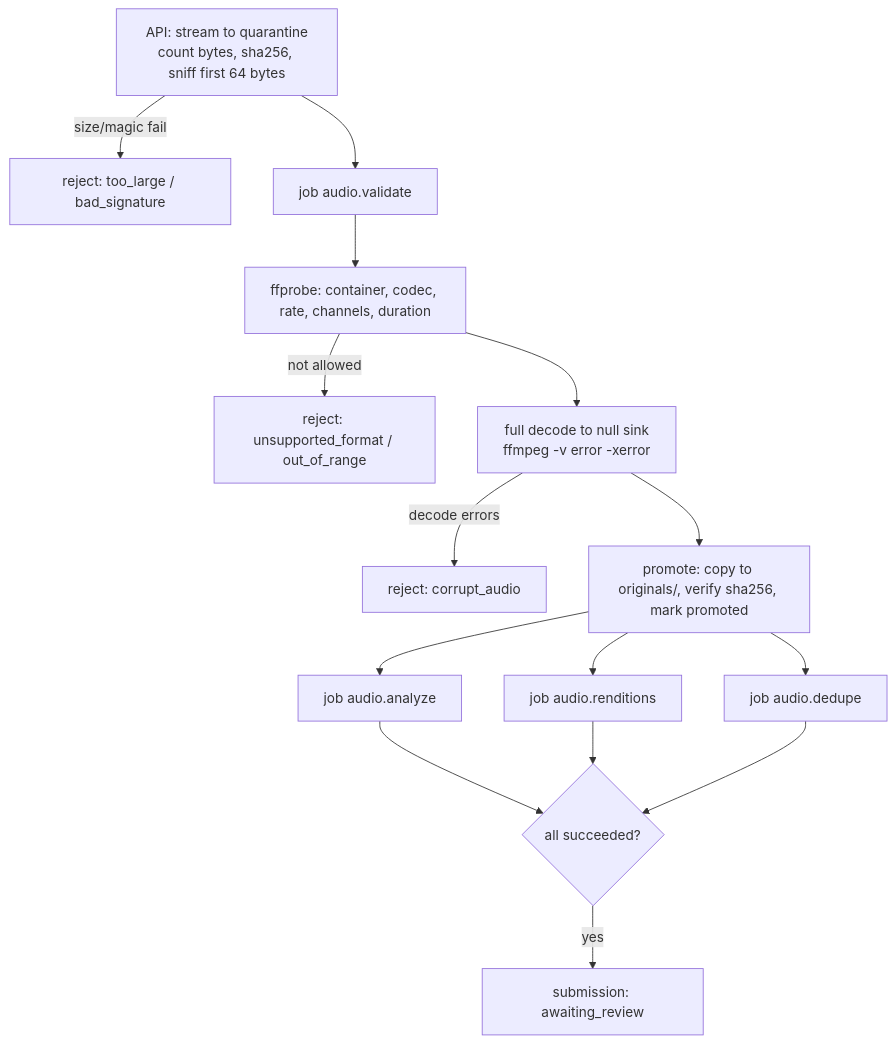
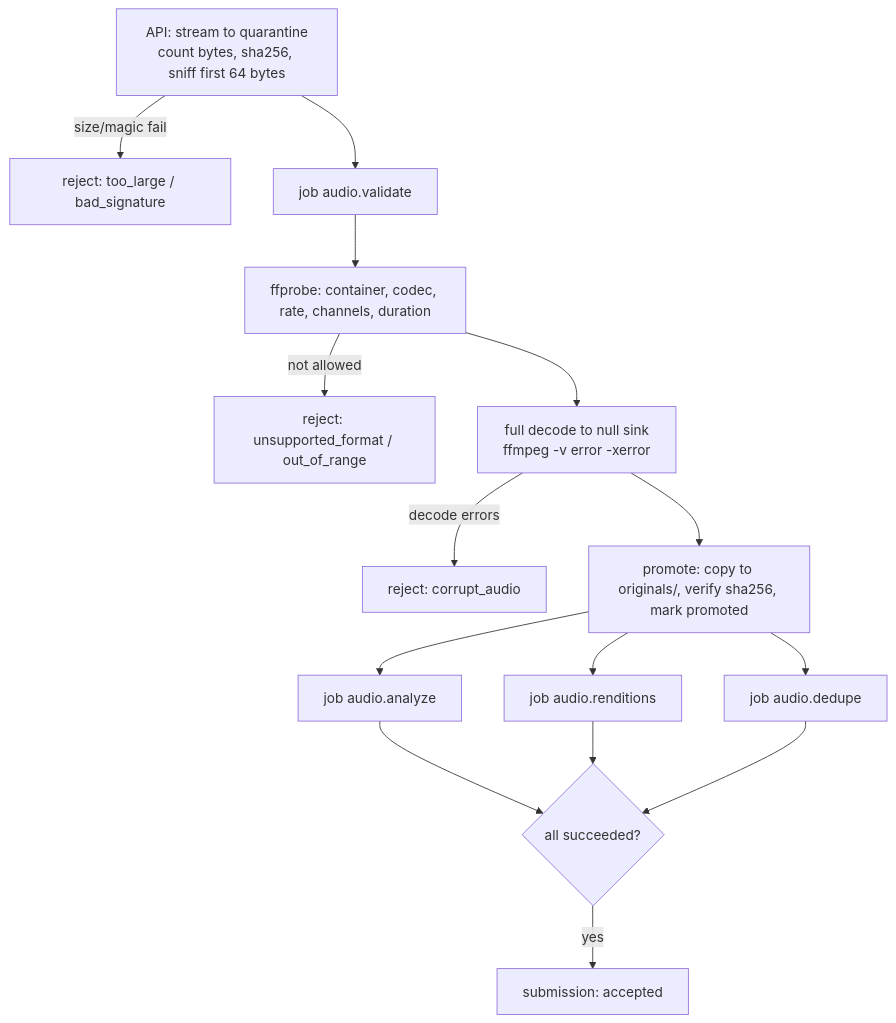
Before and after one commit to 21mohit-dotcom/lokdhara: the diagram in docs/AUDIO_PROCESSING_PIPELINE.md, drawn with Mermaid. The commit also changed other lines of this file and 5 other files, not shown here.

````diff
--- a/docs/AUDIO_PROCESSING_PIPELINE.md
+++ b/docs/AUDIO_PROCESSING_PIPELINE.md
@@ -47,17 +47,17 @@
 ```mermaid
 flowchart TD
     A[API: stream to quarantine<br/>count bytes, sha256, sniff first 64 bytes] -->|size/magic fail| X1[reject: too_large / bad_signature]
     A --> B[job audio.validate]
     B --> B1[ffprobe: container, codec, rate, channels, duration]
     B1 -->|not allowed| X2[reject: unsupported_format / out_of_range]
     B1 --> B2[full decode to null sink<br/>ffmpeg -v error -xerror]
     B2 -->|decode errors| X3[reject: corrupt_audio]
     B2 --> C[promote: copy to originals/, verify sha256, mark promoted]
     C --> D[job audio.analyze]
     C --> E[job audio.renditions]
     C --> F[job audio.dedupe]
     D --> G{all succeeded?}
     E --> G
     F --> G
-    G -->|yes| H[submission: awaiting_review]
+    G -->|yes| H[submission: accepted]
 ```
````
